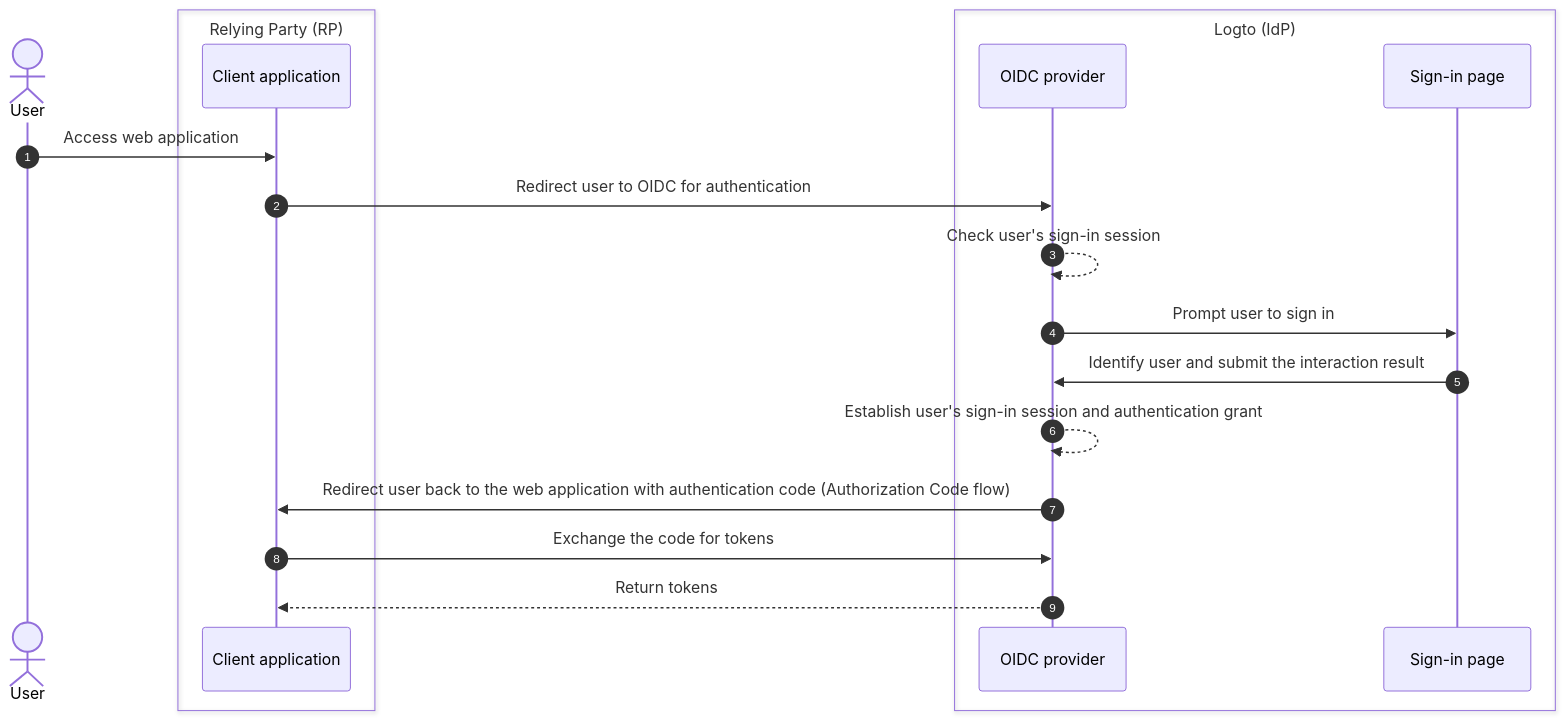
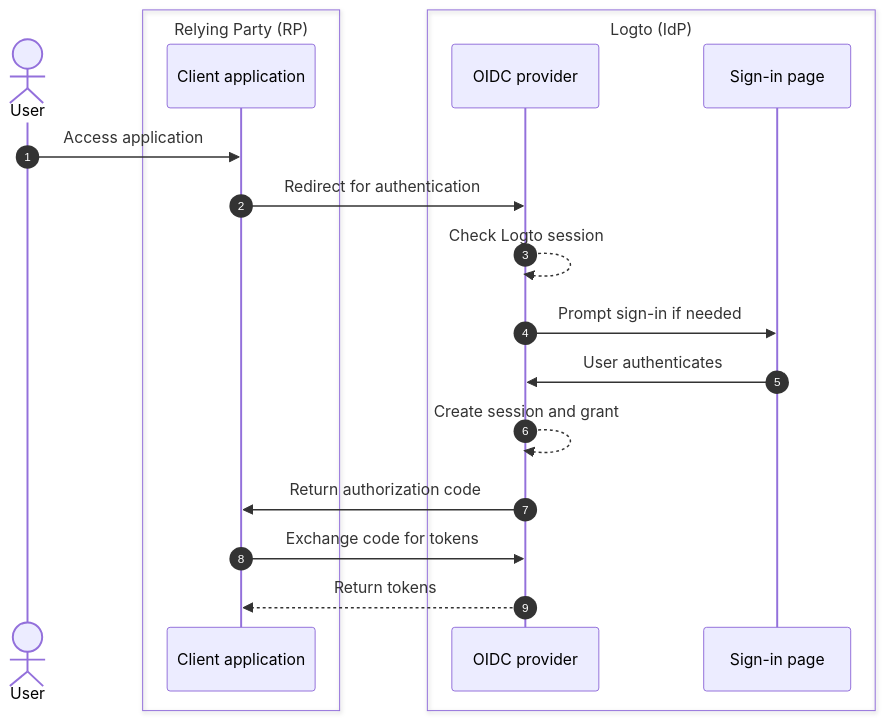
Before and after one commit to logto-io/docs: the second of 5 diagrams in docs/end-user-flows/sign-out.mdx, drawn with Mermaid. The commit also changed other lines of this file and 7 other files, not shown here.

First line of the commit message:
docs: add session management flow (#1377)

````diff
--- a/docs/end-user-flows/sign-out.mdx
+++ b/docs/end-user-flows/sign-out.mdx
@@ -13,24 +62,24 @@
 ```mermaid
-  sequenceDiagram
-    autonumber
-    actor User
+sequenceDiagram
+  autonumber
+  actor User
 
-    box Relying Party (RP)
-      participant Client as Client application
-    end
+  box Relying Party (RP)
+    participant Client as Client application
+  end
 
-    box Logto (IdP)
-      participant OIDC as OIDC provider
-      participant SignIn as Sign-in page
-    end
+  box Logto (IdP)
+    participant OIDC as OIDC provider
+    participant SignIn as Sign-in page
+  end
 
-    User ->> Client: Access web application
-    Client ->> OIDC: Redirect user to OIDC for authentication
-    OIDC -->> OIDC: Check user's sign-in session
-    OIDC ->> SignIn: Prompt user to sign in
-    SignIn ->> OIDC: Identify user and submit the interaction result
-    OIDC -->> OIDC: Establish user's sign-in session and authentication grant
-    OIDC ->> Client: Redirect user back to the web application with authentication code (Authorization Code flow)
-    Client ->> OIDC: Exchange the code for tokens
-    OIDC -->> Client: Return tokens
+  User ->> Client: Access application
+  Client ->> OIDC: Redirect for authentication
+  OIDC -->> OIDC: Check Logto session
+  OIDC ->> SignIn: Prompt sign-in if needed
+  SignIn ->> OIDC: User authenticates
+  OIDC -->> OIDC: Create session and grant
+  OIDC ->> Client: Return authorization code
+  Client ->> OIDC: Exchange code for tokens
+  OIDC -->> Client: Return tokens
 ```
````
